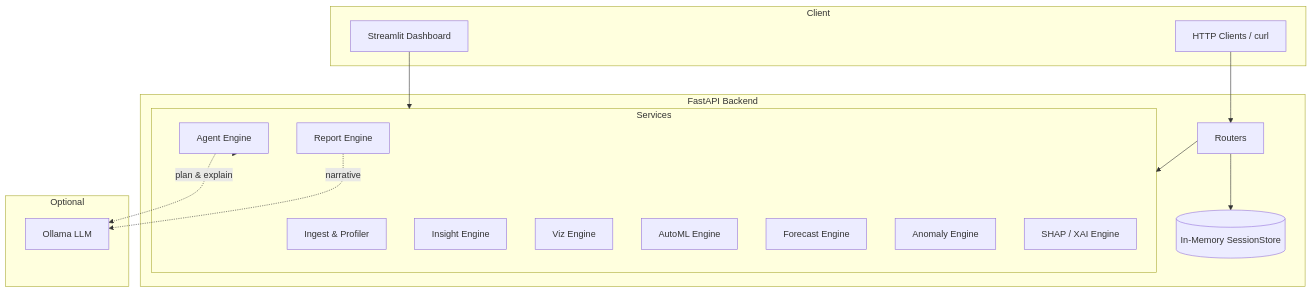
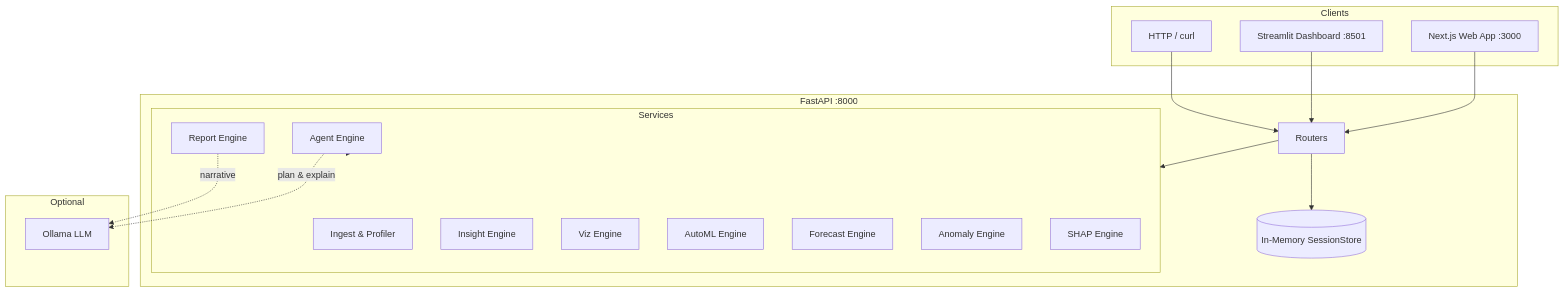
One commit to Hypersb/Data-Pilot-AI changed the diagram in README.md. Above: the diagram before and after it, drawn with Mermaid. The commit also changed other lines of this file and 55 other files, not shown here.

First line of the commit message:
Add Next.js web app, UI overhaul, and updated README.

````diff
--- a/README.md
+++ b/README.md
@@ -57,35 +152,37 @@
 ```mermaid
 flowchart TB
-    subgraph Client
-        UI[Streamlit Dashboard]
-        API_Client[HTTP Clients / curl]
+    subgraph Clients
+        WEB[Next.js Web App :3000]
+        ST[Streamlit Dashboard :8501]
+        CURL[HTTP / curl]
     end
 
-    subgraph Backend["FastAPI Backend"]
+    subgraph Backend["FastAPI :8000"]
         R[Routers]
         SS[(In-Memory SessionStore)]
         subgraph Services
             ING[Ingest & Profiler]
             INS[Insight Engine]
             VIZ[Viz Engine]
             AML[AutoML Engine]
             FC[Forecast Engine]
             ANO[Anomaly Engine]
-            XAI[SHAP / XAI Engine]
+            XAI[SHAP Engine]
             AGT[Agent Engine]
             RPT[Report Engine]
         end
     end
 
     subgraph Optional
         OLL[Ollama LLM]
     end
 
-    UI --> Services
-    API_Client --> R
+    WEB --> R
+    ST --> R
+    CURL --> R
     R --> SS
     R --> Services
     AGT --> Services
     AGT -.->|plan & explain| OLL
     RPT -.->|narrative| OLL
 ```
````
